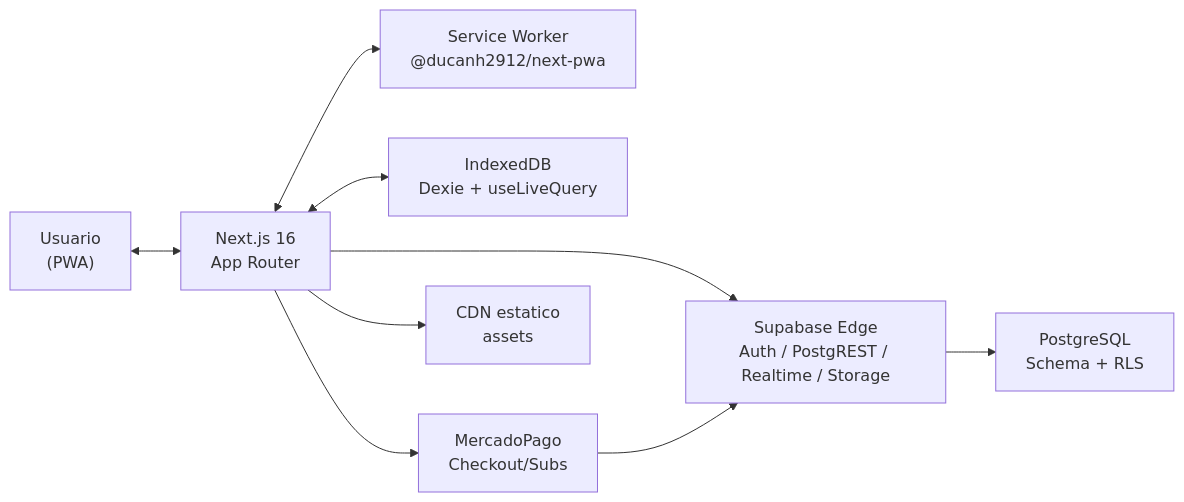
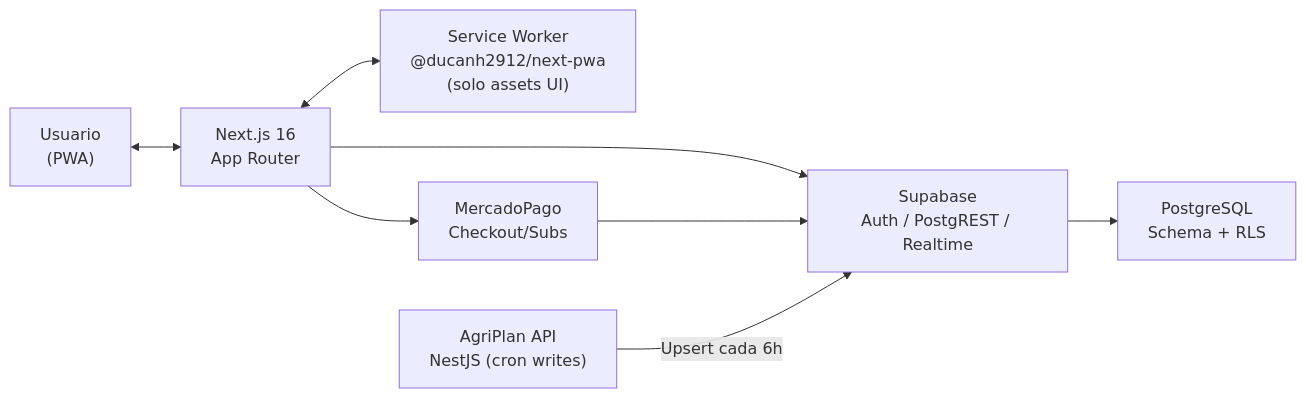
One commit to Freddymhs/agripal-pwa changed the first of 2 diagrams in docs/diagrams/DIAGRAMAS_COMPONENTES.md. Above: the diagram before and after it, drawn with Mermaid. The commit also changed other lines of this file and 7 other files, not shown here.

````diff
--- a/docs/diagrams/DIAGRAMAS_COMPONENTES.md
+++ b/docs/diagrams/DIAGRAMAS_COMPONENTES.md
@@ -7,20 +7,18 @@
 ```mermaid
 flowchart LR
   U["Usuario\n(PWA)"]
   App["Next.js 16\nApp Router"]
-  SW["Service Worker\n@ducanh2912/next-pwa"]
-  Dexie["IndexedDB\nDexie + useLiveQuery"]
-  Supa["Supabase Edge\nAuth / PostgREST / Realtime / Storage"]
+  SW["Service Worker\n@ducanh2912/next-pwa\n(solo assets UI)"]
+  Supa["Supabase\nAuth / PostgREST / Realtime"]
   PG["PostgreSQL\nSchema + RLS"]
   MP["MercadoPago\nCheckout/Subs"]
-  CDN["CDN estatico\nassets"]
+  API["AgriPlan API\nNestJS (cron writes)"]
 
   U <--> App
   App <--> SW
-  App <--> Dexie
   App --> Supa
   Supa --> PG
   App --> MP
   MP --> Supa
-  App --> CDN
+  API -->|Upsert cada 6h| Supa
 ```
````
